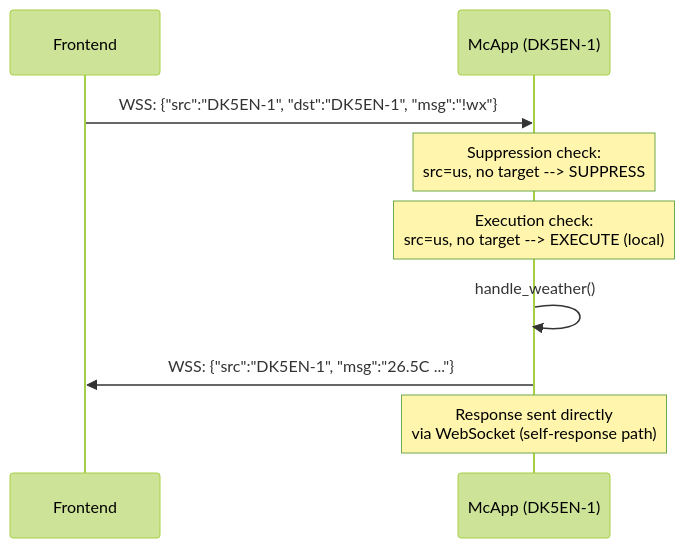
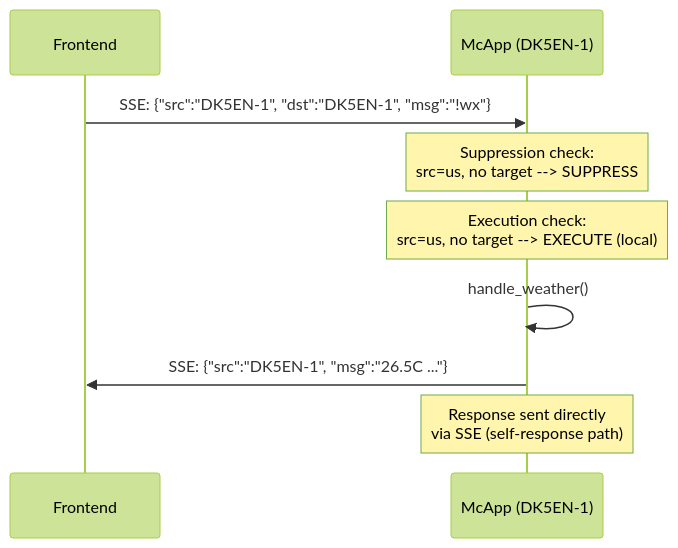
The third of 7 diagrams in doc/command-if.md (DK5EN/McApp), drawn with Mermaid (forest theme) before and after one commit. The commit also changed other lines of this file and 24 other files, not shown here.

First line of the commit message:
[feat] Remove WebSocket, add lighttpd proxy rules, add TLS remote access addon

````diff
--- a/doc/command-if.md
+++ b/doc/command-if.md
@@ -507,12 +507,12 @@
 ```mermaid
 sequenceDiagram
     participant FE as Frontend
     participant MC as McApp (DK5EN-1)
 
-    FE->>MC: WSS: {"src":"DK5EN-1", "dst":"DK5EN-1", "msg":"!wx"}
+    FE->>MC: SSE: {"src":"DK5EN-1", "dst":"DK5EN-1", "msg":"!wx"}
     Note over MC: Suppression check:<br/>src=us, no target --> SUPPRESS
     Note over MC: Execution check:<br/>src=us, no target --> EXECUTE (local)
     MC->>MC: handle_weather()
-    MC->>FE: WSS: {"src":"DK5EN-1", "msg":"26.5C ..."}
-    Note over MC: Response sent directly<br/>via WebSocket (self-response path)
+    MC->>FE: SSE: {"src":"DK5EN-1", "msg":"26.5C ..."}
+    Note over MC: Response sent directly<br/>via SSE (self-response path)
 ```
````
